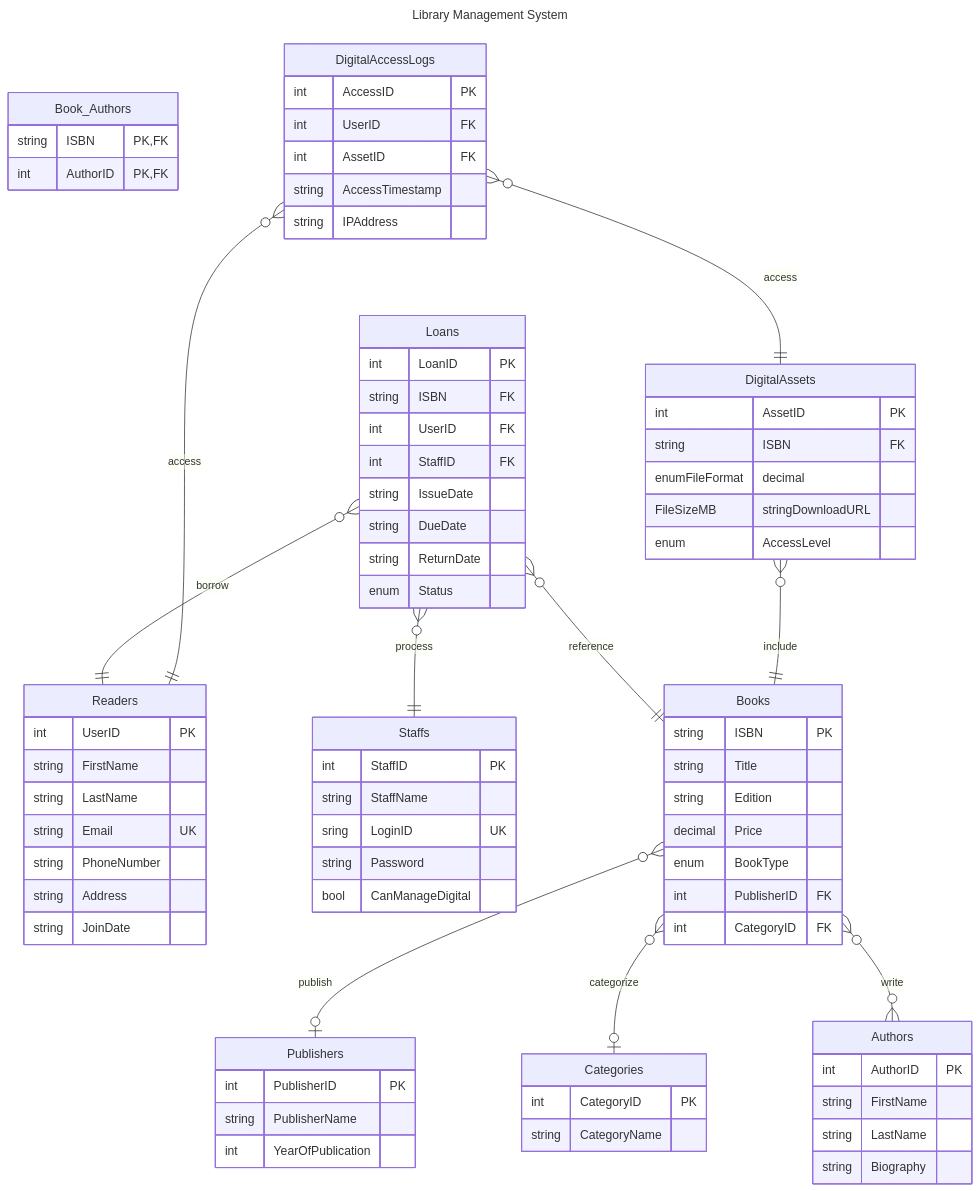
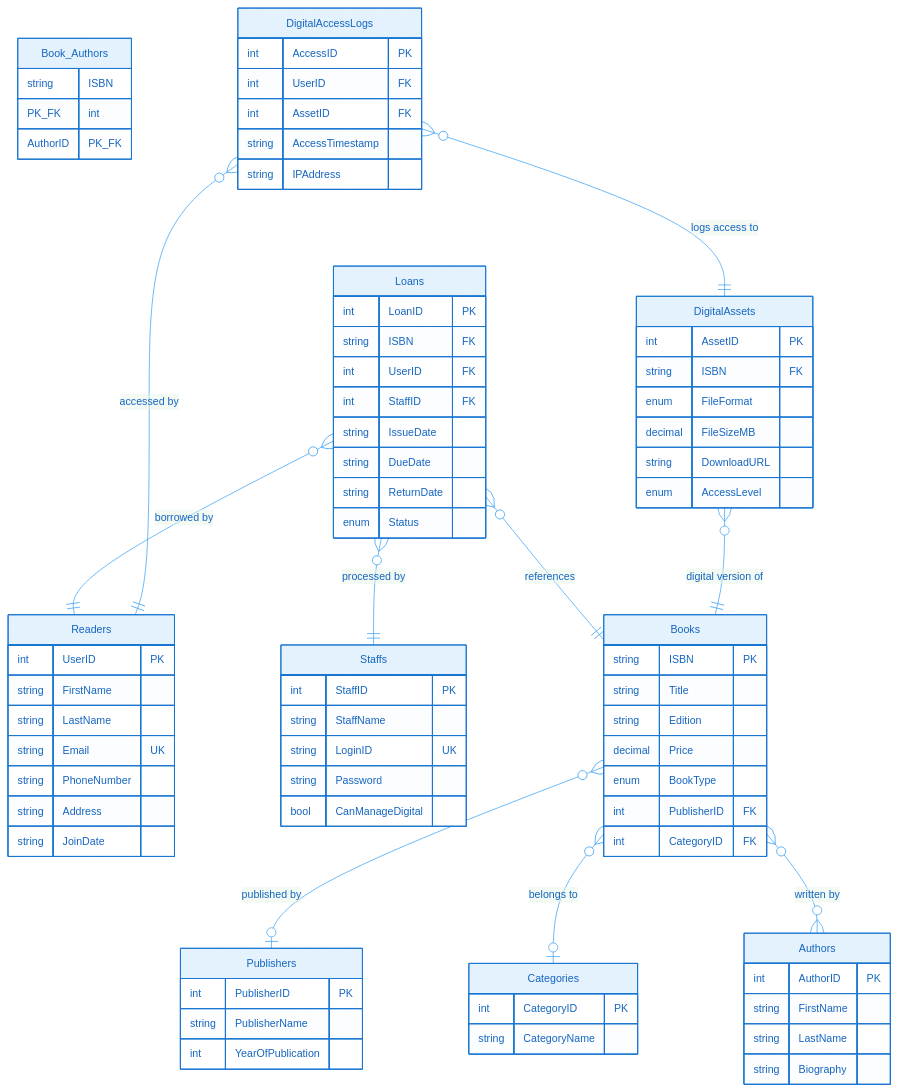
One commit to james5635/Library-Management changed the diagram in static/db.mmd. Above: the diagram before and after it, drawn with Mermaid. The commit also changed other lines of this file and 13 other files, not shown here.

```diff
--- a/static/db.mmd
+++ b/static/db.mmd
@@ -1,83 +1,93 @@
----
-title: Library Management System
----
+%%{init: {
+  'theme': 'base',
+  'themeVariables': {
+    'primaryColor': '#E3F2FD',
+    'primaryTextColor': '#1565C0',
+    'primaryBorderColor': '#1976D2',
+    'lineColor': '#42A5F5',
+    'secondaryColor': '#F3E5F5',
+    'tertiaryColor': '#E8F5E9',
+    'fontSize': '14px',
+    'fontFamily': 'ui-sans-serif, system-ui, sans-serif'
+  }
+}}%%
 erDiagram
     Publishers {
         int PublisherID PK
         string PublisherName
         int YearOfPublication
     }
     Categories {
         int CategoryID PK
         string CategoryName
     }
     Authors {
         int AuthorID PK
         string FirstName
         string LastName
         string Biography
     }
     Readers {
         int UserID PK
         string FirstName
         string LastName
         string Email UK
         string PhoneNumber 
         string Address
         string JoinDate
     }
     Staffs {
         int StaffID PK
         string StaffName
-        sring LoginID UK
+        string LoginID UK
         string Password
         bool CanManageDigital
     }
     Books {
         string ISBN PK
         string Title
         string Edition
         decimal Price
         enum BookType
         int PublisherID FK
         int CategoryID FK
     }
     Book_Authors {
-        string ISBN PK,FK
-        int AuthorID PK,FK
+        string ISBN PK_FK
+        int AuthorID PK_FK
     }
     Loans {
         int LoanID PK
         string ISBN FK
         int UserID FK
         int StaffID FK
         string IssueDate
         string DueDate
         string ReturnDate 
         enum Status
     }
     DigitalAssets {
         int AssetID PK
         string ISBN FK
-        enumFileFormat 
+        enum FileFormat 
         decimal FileSizeMB 
-        stringDownloadURL
+        string DownloadURL
         enum AccessLevel
     }
     DigitalAccessLogs {
         int AccessID PK
         int UserID FK
         int AssetID FK
         string AccessTimestamp
         string IPAddress
     }
 
-    Books }o--o| Publishers : publish
-    Books }o--o| Categories : categorize
-    Books }o--o{ Authors : write
-    Loans }o--|| Books : reference
-    Loans }o--|| Readers : borrow
-    Loans }o--|| Staffs : process
-    DigitalAssets }o--|| Books : include
-    DigitalAccessLogs }o--|| Readers : access
-    DigitalAccessLogs }o--|| DigitalAssets : access
+    Books }o--o| Publishers : "published by"
+    Books }o--o| Categories : "belongs to"
+    Books }o--o{ Authors : "written by"
+    Loans }o--|| Books : "references"
+    Loans }o--|| Readers : "borrowed by"
+    Loans }o--|| Staffs : "processed by"
+    DigitalAssets }o--|| Books : "digital version of"
+    DigitalAccessLogs }o--|| Readers : "accessed by"
+    DigitalAccessLogs }o--|| DigitalAssets : "logs access to"
```
